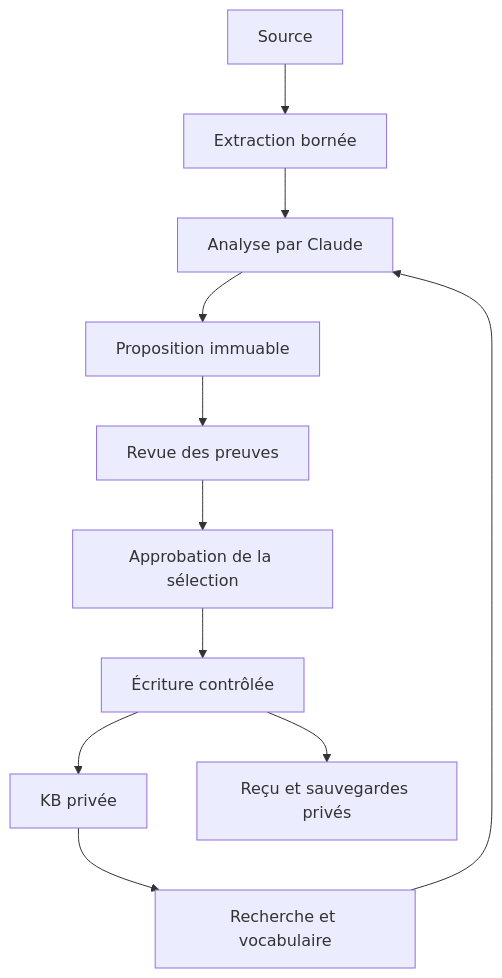
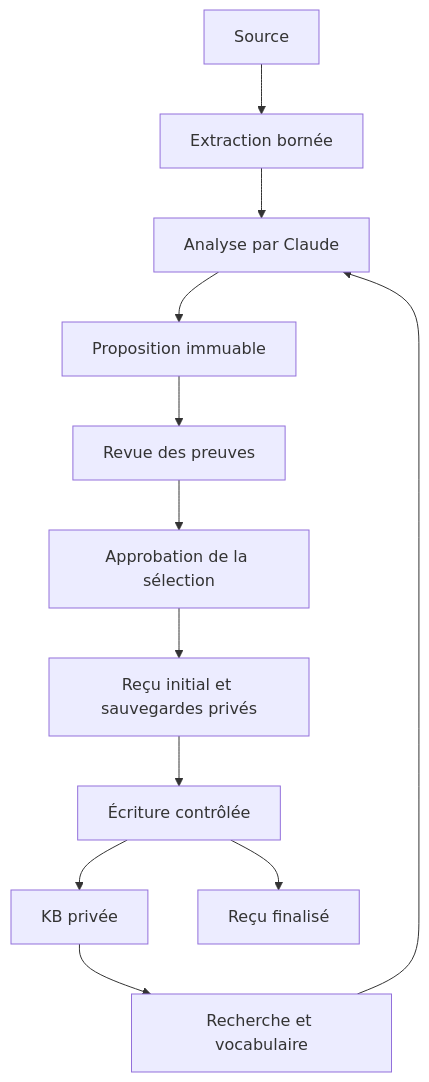
One commit to Bilel-Gh/okb changed the diagram in docs/ARCHITECTURE.md. Above: the diagram before and after it, drawn with Mermaid. The commit also changed other lines of this file and 96 other files, not shown here.

````diff
--- a/docs/ARCHITECTURE.md
+++ b/docs/ARCHITECTURE.md
@@ -9,13 +9,14 @@
 ```mermaid
 flowchart TD
   S[Source] --> N[Extraction bornée]
   N --> A[Analyse par Claude]
   K[KB privée] --> R[Recherche et vocabulaire]
   R --> A
   A --> P[Proposition immuable]
   P --> V[Revue des preuves]
   V --> H[Approbation de la sélection]
-  H --> W[Écriture contrôlée]
+  H --> B[Reçu initial et sauvegardes privés]
+  B --> W[Écriture contrôlée]
   W --> K
-  W --> B[Reçu et sauvegardes privés]
+  W --> J[Reçu finalisé]
 ```
````
